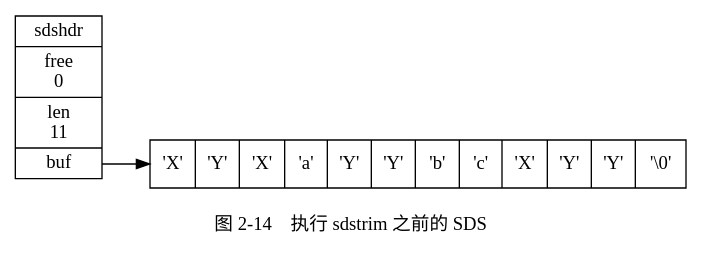
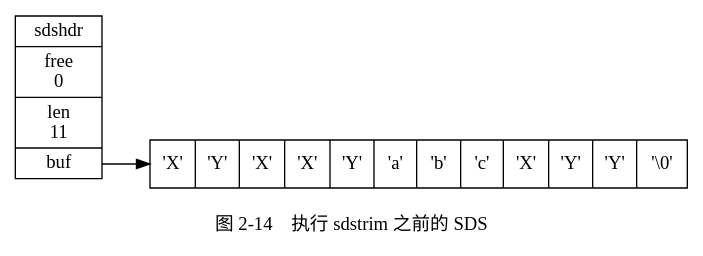
Diagram 17 of 22 in preview/sds/different_between_sds_and_c_string.rst (huangzworks/redisbook1e), drawn with Graphviz before and after one commit. The commit also changed other lines of this file and 1 other file, not shown here.

Commit message:
修正试看中的两个错误，感谢 Hetiu 的提醒。

```diff
--- a/preview/sds/different_between_sds_and_c_string.rst
+++ b/preview/sds/different_between_sds_and_c_string.rst
@@ -640,21 +640,21 @@
 .. graphviz::
 
     digraph {
 
         label = "\n 图 2-14    执行 sdstrim 之前的 SDS";
 
         rankdir = LR;
 
         node [shape = record];
 
         //
 
         sdshdr [label = "sdshdr | free \n 0 | len \n 11 | <buf> buf"];
 
-        buf [label = " { 'X' | 'Y' | 'X' | 'a' | 'Y' | 'Y' | 'b' | 'c' | 'X' | 'Y' | 'Y' | '\\0' } "];
+        buf [label = " { 'X' | 'Y' | 'X' | 'X' | 'Y' | 'a' | 'b' | 'c' | 'X' | 'Y' | 'Y' | '\\0' } "];
 
         //
 
         sdshdr:buf -> buf;
 
     }
```
